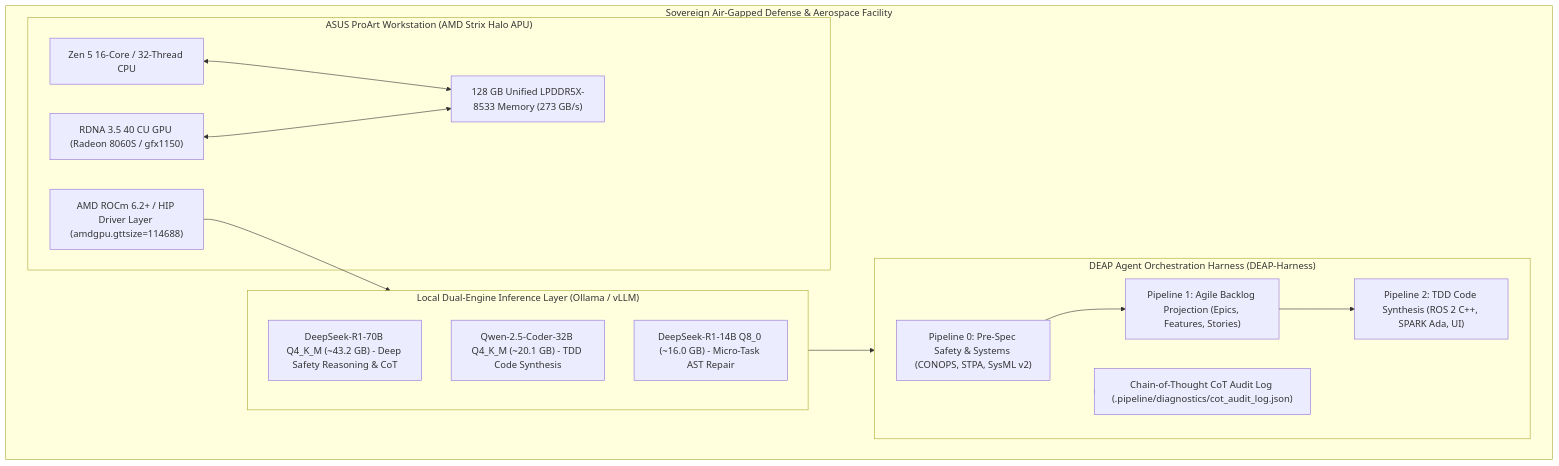
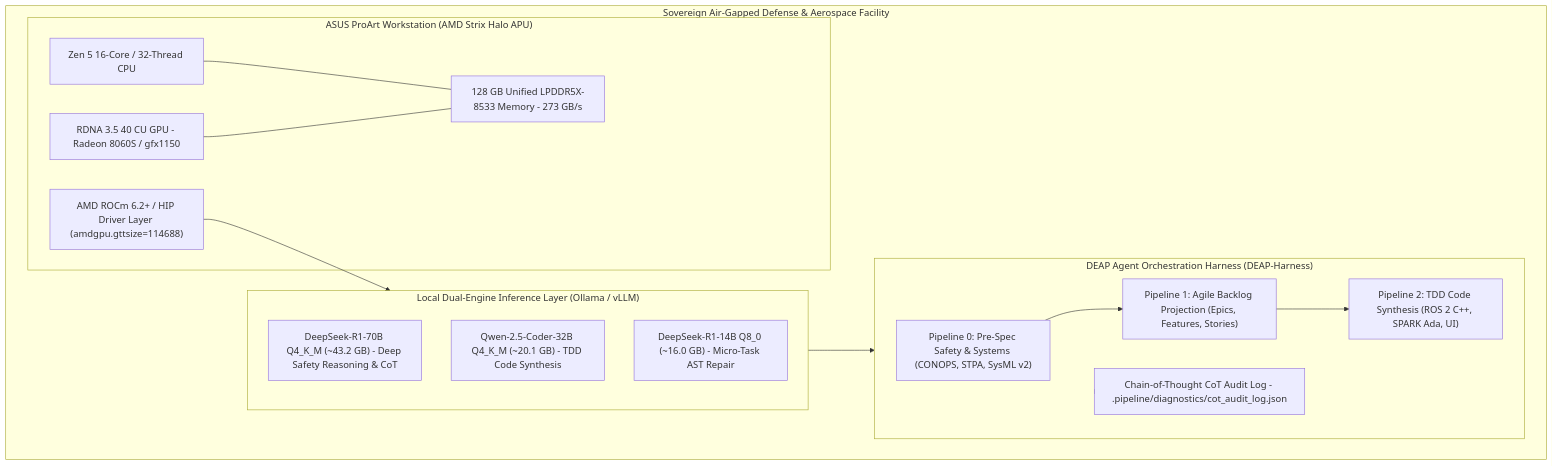
The first of 5 diagrams in docs/architecture/blueprints/DEAP_LOCAL_AIRGAPPED_DEEPSEEK_WORKSTATION_BLUEPRINT.md (gintatkinson/DEAP-spec-core), drawn with Mermaid before and after one commit. The commit also changed other lines of this file and 28 other files, not shown here.

Commit message:
feat(compiler): dynamic schema provenance, safety set-equality, profile-driven tech filtering, non-destructive reverse-sync, and Check 19 AST cleanliness (#52, #54, #56, #57, #58, #59, #60, #62, #63, #64)

````diff
--- a/docs/architecture/blueprints/DEAP_LOCAL_AIRGAPPED_DEEPSEEK_WORKSTATION_BLUEPRINT.md
+++ b/docs/architecture/blueprints/DEAP_LOCAL_AIRGAPPED_DEEPSEEK_WORKSTATION_BLUEPRINT.md
@@ -20,31 +20,31 @@
 ```mermaid
 flowchart TD
     subgraph AirGappedEnclave["Sovereign Air-Gapped Defense & Aerospace Facility"]
         subgraph HardwareNode["ASUS ProArt Workstation (AMD Strix Halo APU)"]
-            UnifiedRAM["128 GB Unified LPDDR5X-8533 Memory (273 GB/s)"]
+            UnifiedRAM["128 GB Unified LPDDR5X-8533 Memory - 273 GB/s"]
             Zen5CPU["Zen 5 16-Core / 32-Thread CPU"]
-            RDNA35GPU["RDNA 3.5 40 CU GPU (Radeon 8060S / gfx1150)"]
+            RDNA35GPU["RDNA 3.5 40 CU GPU - Radeon 8060S / gfx1150"]
             ROCmStack["AMD ROCm 6.2+ / HIP Driver Layer (amdgpu.gttsize=114688)"]
         end
 
         subgraph RuntimeTier["Local Dual-Engine Inference Layer (Ollama / vLLM)"]
             R1_70B["DeepSeek-R1-70B Q4_K_M (~43.2 GB) - Deep Safety Reasoning & CoT"]
             Coder_32B["Qwen-2.5-Coder-32B Q4_K_M (~20.1 GB) - TDD Code Synthesis"]
             R1_14B["DeepSeek-R1-14B Q8_0 (~16.0 GB) - Micro-Task AST Repair"]
         end
 
         subgraph HarnessCore["DEAP Agent Orchestration Harness (DEAP-Harness)"]
             P0["Pipeline 0: Pre-Spec Safety & Systems (CONOPS, STPA, SysML v2)"]
             P1["Pipeline 1: Agile Backlog Projection (Epics, Features, Stories)"]
             P2["Pipeline 2: TDD Code Synthesis (ROS 2 C++, SPARK Ada, UI)"]
-            AuditEngine["Chain-of-Thought CoT Audit Log (.pipeline/diagnostics/cot_audit_log.json)"]
+            AuditEngine["Chain-of-Thought CoT Audit Log - .pipeline/diagnostics/cot_audit_log.json"]
         end
     end
 
-    Zen5CPU <--> UnifiedRAM
-    RDNA35GPU <--> UnifiedRAM
+    Zen5CPU --- UnifiedRAM
+    RDNA35GPU --- UnifiedRAM
     ROCmStack --> RuntimeTier
     RuntimeTier --> HarnessCore
     P0 --> P1 --> P2
     HarnessCore --> AuditEngine
 ```
````
